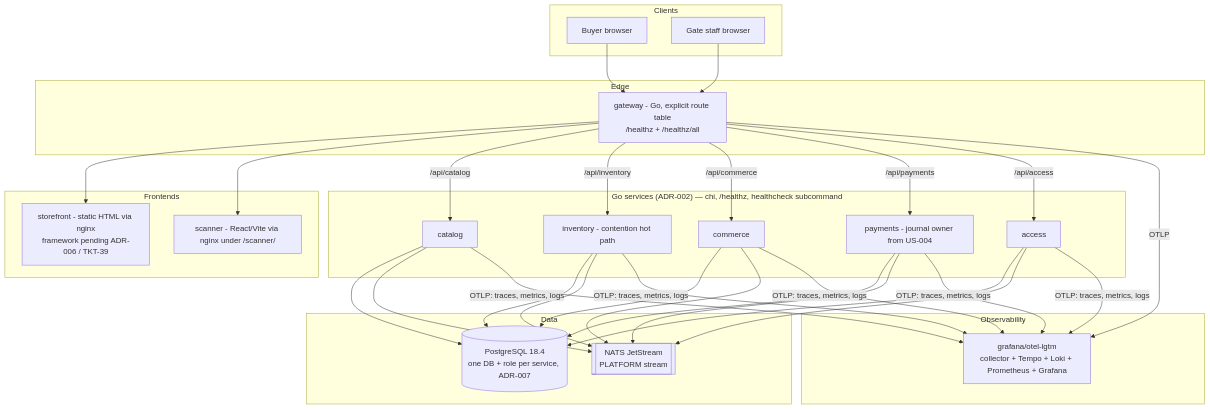
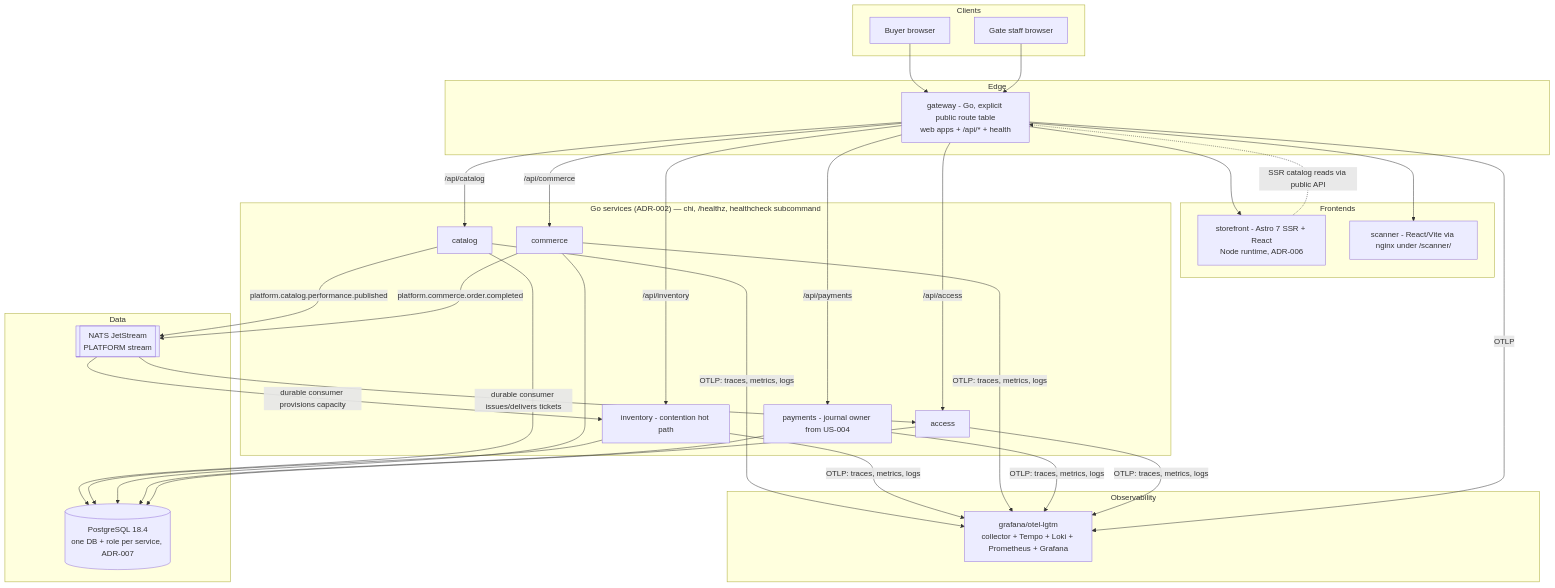
Before and after one commit to mathd/ticketing_system: the diagram in docs/architecture.md, drawn with Mermaid. The commit also changed other lines of this file and 90 other files, not shown here.

````diff
--- a/docs/architecture.md
+++ b/docs/architecture.md
@@ -8,48 +8,54 @@
 ```mermaid
 flowchart TB
     subgraph Clients
         BUYER[Buyer browser]
         STAFF[Gate staff browser]
     end
 
     subgraph Edge
-        GW[gateway - Go, explicit route table<br/>/healthz + /healthz/all]
+        GW[gateway - Go, explicit public route table<br/>web apps + /api/* + health]
     end
 
     subgraph Frontends
-        SF[storefront - static HTML via nginx<br/>framework pending ADR-006 / TKT-39]
+        SF[storefront - Astro 7 SSR + React<br/>Node runtime, ADR-006]
         SC[scanner - React/Vite via nginx under /scanner/]
     end
 
     subgraph Services["Go services (ADR-002) — chi, /healthz, healthcheck subcommand"]
         CAT[catalog]
         INV[inventory - contention hot path]
         COM[commerce]
         PAY[payments - journal owner from US-004]
         ACC[access]
     end
 
     subgraph Data
         PG[(PostgreSQL 18.4<br/>one DB + role per service, ADR-007)]
         NATS[[NATS JetStream<br/>PLATFORM stream]]
     end
 
     subgraph Observability
         LGTM[grafana/otel-lgtm<br/>collector + Tempo + Loki + Prometheus + Grafana]
     end
 
     BUYER --> GW
     STAFF --> GW
     GW --> SF
     GW --> SC
     GW -->|/api/catalog| CAT
     GW -->|/api/inventory| INV
     GW -->|/api/commerce| COM
     GW -->|/api/payments| PAY
     GW -->|/api/access| ACC
 
+    SF -.->|SSR catalog reads via public API| GW
+
+    CAT -->|platform.catalog.performance.published| NATS
+    NATS -->|durable consumer provisions capacity| INV
+    COM -->|platform.commerce.order.completed| NATS
+    NATS -->|durable consumer issues/delivers tickets| ACC
+
     CAT & INV & COM & PAY & ACC --> PG
-    CAT & INV & COM & PAY & ACC --> NATS
     CAT & INV & COM & PAY & ACC -->|OTLP: traces, metrics, logs| LGTM
     GW -->|OTLP| LGTM
 ```
````
